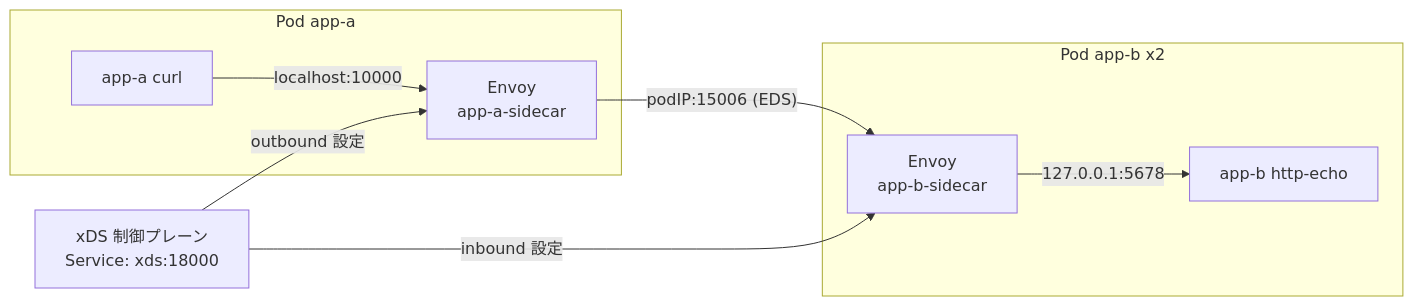
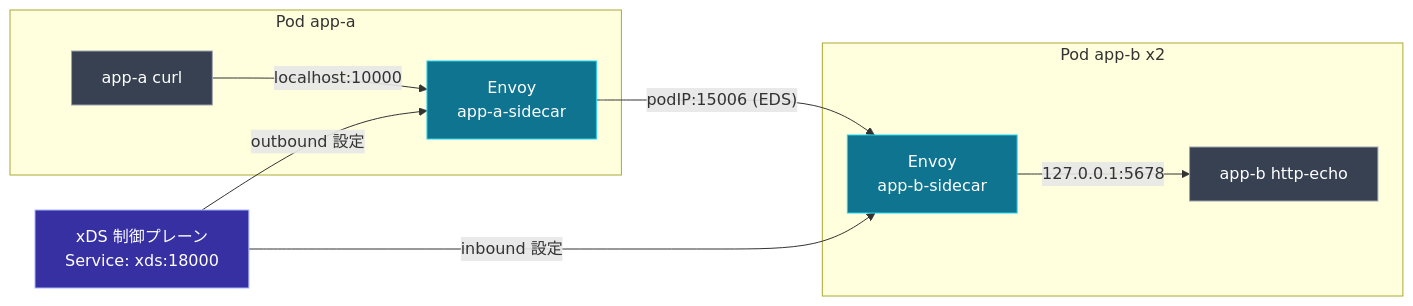
Before and after one commit to 0-draft/envoy-xds-deep-dive: the diagram in labs/03-pod-to-pod-kind/README.ja.md, drawn with Mermaid. The commit also changed 27 other files, not shown here.

First line of the commit message:
docs: semantic color, distinct shapes, and a11y metadata for all mermaid diagrams

````diff
--- a/labs/03-pod-to-pod-kind/README.ja.md
+++ b/labs/03-pod-to-pod-kind/README.ja.md
@@ -24,13 +24,21 @@
 ```mermaid
 flowchart LR
+    accTitle: kind 上の Lab 03 pod-to-pod トポロジ
+    accDescr: xDS 制御プレーン（Service xds:18000）が両サイドカーを構成する。pod app-a で app は app-a サイドカーの localhost:10000 を呼び、EDS 経由で app-b サイドカーの podIP:15006 へ送られ、127.0.0.1:5678 の app-b http-echo へ転送される。
     xds[xDS 制御プレーン<br/>Service: xds:18000]
     subgraph pa[Pod app-a]
         a[app-a curl] -- localhost:10000 --> ea[Envoy<br/>app-a-sidecar]
     end
     subgraph pb[Pod app-b x2]
         eb[Envoy<br/>app-b-sidecar] -- 127.0.0.1:5678 --> b[app-b http-echo]
     end
     ea -- "podIP:15006 (EDS)" --> eb
     xds -- outbound 設定 --> ea
     xds -- inbound 設定 --> eb
+    class xds cp
+    class ea,eb envoy
+    class a,b ext
+    classDef cp fill:#3730a3,stroke:#a5b4fc,color:#fff
+    classDef envoy fill:#0e7490,stroke:#22d3ee,color:#fff
+    classDef ext fill:#374151,stroke:#9ca3af,color:#fff
 ```
````
